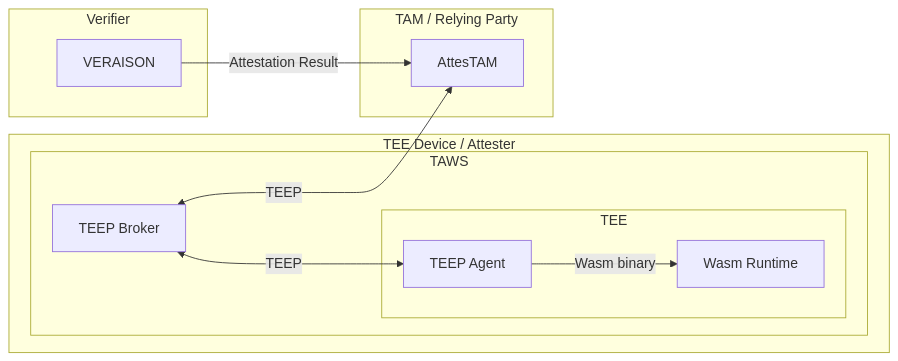
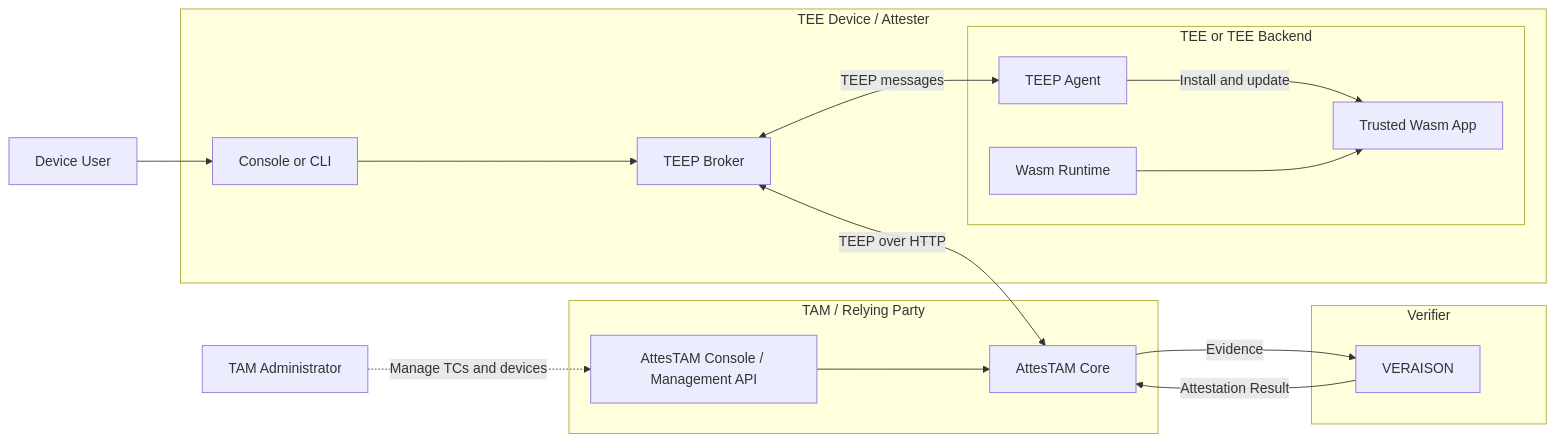
One commit to s-miyazawa/teep-wasm-demo changed the diagram in README.md. Above: the diagram before and after it, drawn with Mermaid. The commit also changed other lines of this file, not shown here.

````diff
--- a/README.md
+++ b/README.md
@@ -15,26 +36,35 @@
 ```mermaid
 flowchart LR
+    User[Device User]
+    TAMAdmin[TAM Administrator]
 
-    subgraph Device["TEE Device / Attester"]
-      subgraph TAWS["TAWS"]
-        REE[TEEP Broker]
-        subgraph TEE["TEE"]
+    subgraph Device[TEE Device / Attester]
+        UI[Console or CLI]
+        Broker[TEEP Broker]
+        subgraph TEE[TEE or TEE Backend]
             Agent[TEEP Agent]
-            WAMR[Wasm Runtime]
+            Runtime[Wasm Runtime]
+            App[Trusted Wasm App]
         end
-      end
     end
 
-    subgraph Verifier["Verifier"]
+    subgraph TAM[TAM / Relying Party]
+        Management[AttesTAM Console / Management API]
+        AttesTAM[AttesTAM Core]
+    end
+
+    subgraph Verifier[Verifier]
         VERAISON[VERAISON]
     end
 
-    subgraph TAM["TAM / Relying Party"]
-        AttesTAM[AttesTAM]
-    end
-
-    REE <-->|TEEP| Agent
-    REE <-->|TEEP| AttesTAM
-    Agent -->|Wasm binary| WAMR
+    User --> UI
+    TAMAdmin -.->|Manage TCs and devices| Management
+    Management --> AttesTAM
+    UI --> Broker
+    Broker <-->|TEEP over HTTP| AttesTAM
+    Broker <-->|TEEP messages| Agent
+    Agent -->|Install and update| App
+    Runtime --> App
+    AttesTAM -->|Evidence| VERAISON
     VERAISON -->|Attestation Result| AttesTAM
 ```
````
